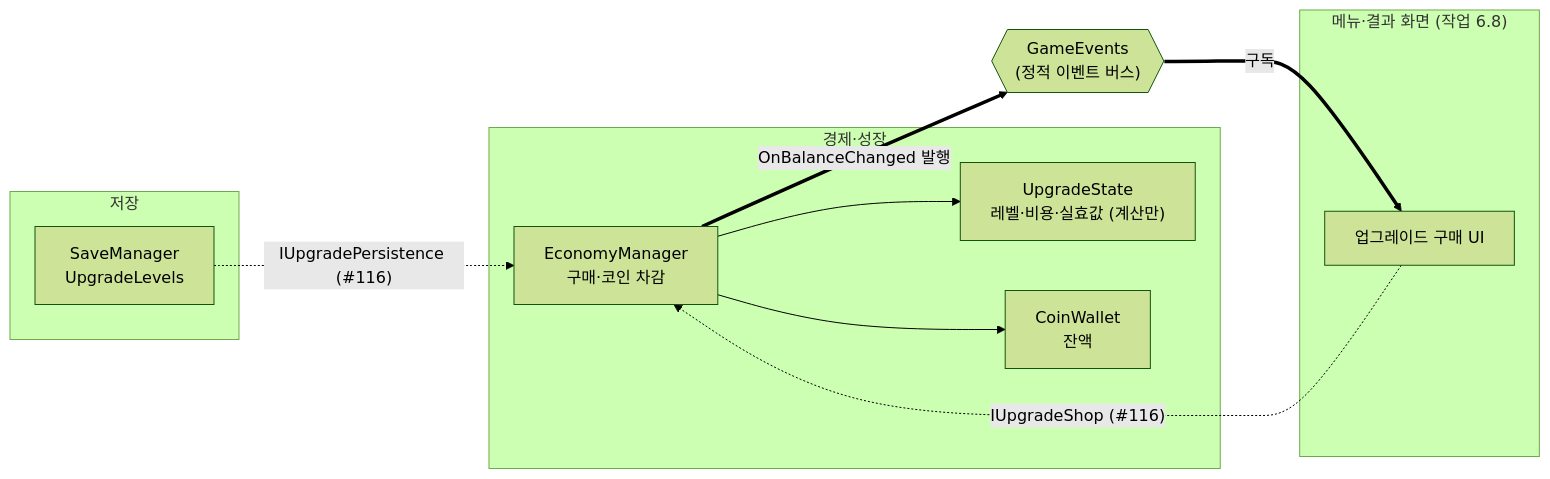
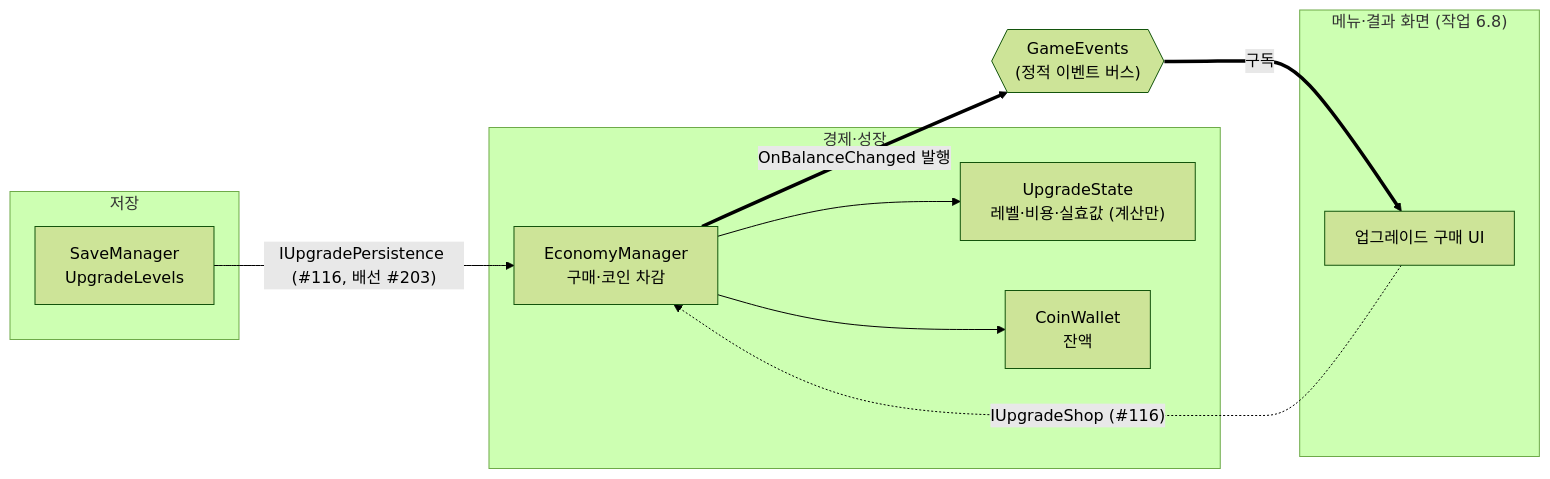
The diagram in docs/TECH_NOTES/upgrades.md (KDNA-Gwangju-1/NCAIClicker), drawn with Mermaid (forest theme) before and after one commit. The commit also changed other lines of this file and 7 other files, not shown here.

````diff
--- a/docs/TECH_NOTES/upgrades.md
+++ b/docs/TECH_NOTES/upgrades.md
@@ -55,25 +55,25 @@
 ```mermaid
 flowchart LR
   subgraph Economy["경제·성장"]
     mgr["EconomyManager<br/>구매·코인 차감"]
     state["UpgradeState<br/>레벨·비용·실효값 (계산만)"]
     wallet["CoinWallet<br/>잔액"]
   end
 
   subgraph Shop["메뉴·결과 화면 (작업 6.8)"]
     ui["업그레이드 구매 UI"]
   end
 
   subgraph Save["저장"]
     save["SaveManager<br/>UpgradeLevels"]
   end
 
   events{{"GameEvents<br/>(정적 이벤트 버스)"}}
 
   mgr --> state
   mgr --> wallet
   ui -. "IUpgradeShop (#116)" .-> mgr
-  save -. "IUpgradePersistence (#116)" .-> mgr
+  save -- "IUpgradePersistence (#116, 배선 #203)" --> mgr
   mgr == "OnBalanceChanged 발행" ==> events
   events == "구독" ==> ui
 ```
````
